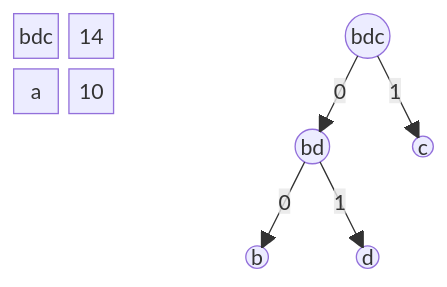
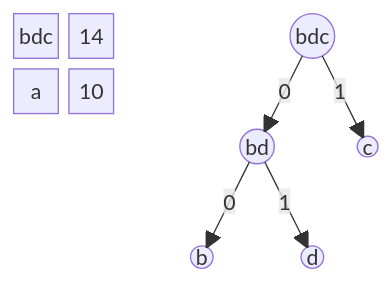
Before and after one commit to BenhurUFSM/pod26b: the third of 6 diagrams in Assuntos/compressao.md, drawn with Mermaid. The commit also changed other lines of this file, not shown here.

````diff
--- a/Assuntos/compressao.md
+++ b/Assuntos/compressao.md
@@ -95,13 +95,13 @@
 ```mermaid
 block
-columns 8
-bdc 14  space:2 space:2 r(("bdc")) space
-a 10    space:6
-space:2 space:2 space re(("bd")) space rd(("c"))
-space:2 space:6
-space:2 space:2 ree(("b")) space red(("d")) space
+columns 7
+bdc 14  space:1 space:2 r(("bdc")) space
+a 10    space:5
+space:2 space:1 space re(("bd")) space rd(("c"))
+space:2 space:5
+space:2 space:1 ree(("b")) space red(("d")) space
 r--"0"-->re
 r--"1"-->rd
 re--"0"-->ree
 re--"1"-->red
 ```
````
